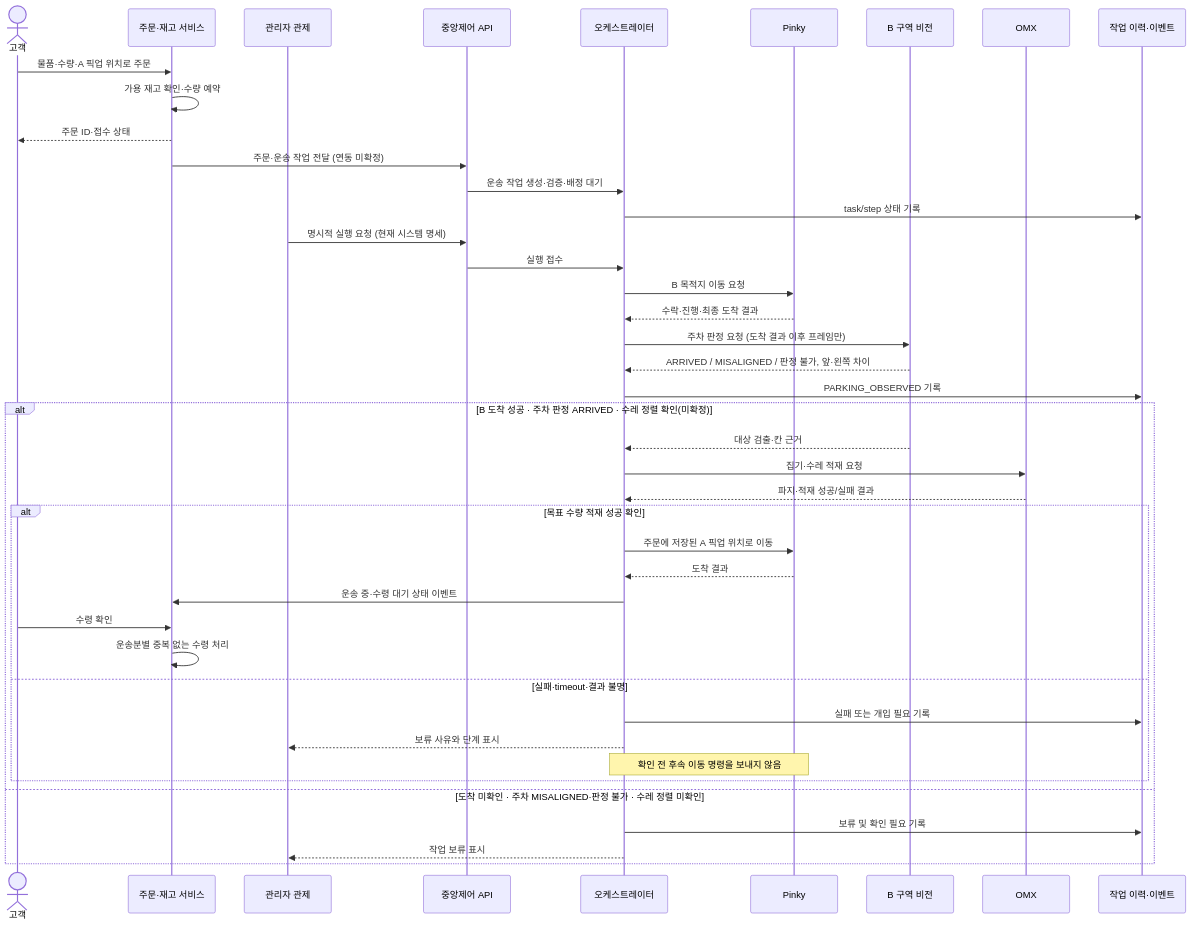
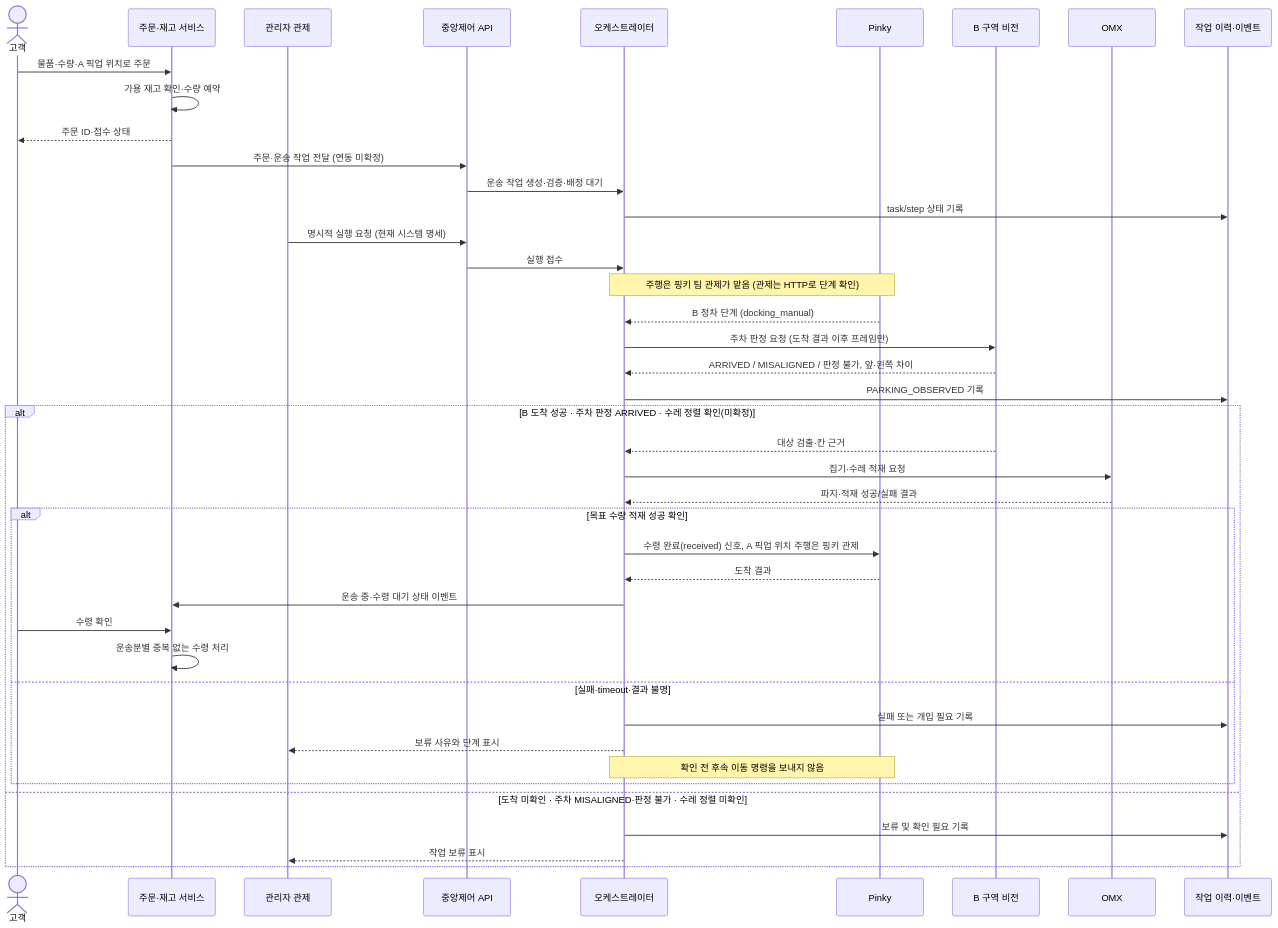
The third of 3 diagrams in docs/spec/data-flow.md (kernel-robot-8th/kernel-robot-repo-3), drawn with Mermaid before and after one commit. The commit also changed other lines of this file and 9 other files, not shown here.

````diff
--- a/docs/spec/data-flow.md
+++ b/docs/spec/data-flow.md
@@ -152,46 +152,46 @@
 ```mermaid
 sequenceDiagram
     actor Customer as 고객
     participant Order as 주문·재고 서비스
     participant Admin as 관리자 관제
     participant API as 중앙제어 API
     participant O as 오케스트레이터
     participant P as Pinky
     participant V as B 구역 비전
     participant X as OMX
     participant H as 작업 이력·이벤트
 
     Customer->>Order: 물품·수량·A 픽업 위치로 주문
     Order->>Order: 가용 재고 확인·수량 예약
     Order-->>Customer: 주문 ID·접수 상태
     Order->>API: 주문·운송 작업 전달 (연동 미확정)
     API->>O: 운송 작업 생성·검증·배정 대기
     O->>H: task/step 상태 기록
     Admin->>API: 명시적 실행 요청 (현재 시스템 명세)
     API->>O: 실행 접수
-    O->>P: B 목적지 이동 요청
-    P-->>O: 수락·진행·최종 도착 결과
+    Note over O,P: 주행은 핑키 팀 관제가 맡음 (관제는 HTTP로 단계 확인)
+    P-->>O: B 정차 단계 (docking_manual)
     O->>V: 주차 판정 요청 (도착 결과 이후 프레임만)
     V-->>O: ARRIVED / MISALIGNED / 판정 불가, 앞·왼쪽 차이
     O->>H: PARKING_OBSERVED 기록
 
     alt B 도착 성공 · 주차 판정 ARRIVED · 수레 정렬 확인(미확정)
         V-->>O: 대상 검출·칸 근거
         O->>X: 집기·수레 적재 요청
         X-->>O: 파지·적재 성공/실패 결과
         alt 목표 수량 적재 성공 확인
-            O->>P: 주문에 저장된 A 픽업 위치로 이동
+            O->>P: 수령 완료(received) 신호, A 픽업 위치 주행은 핑키 관제
             P-->>O: 도착 결과
             O->>Order: 운송 중·수령 대기 상태 이벤트
             Customer->>Order: 수령 확인
             Order->>Order: 운송분별 중복 없는 수령 처리
         else 실패·timeout·결과 불명
             O->>H: 실패 또는 개입 필요 기록
             O-->>Admin: 보류 사유와 단계 표시
             Note over O,P: 확인 전 후속 이동 명령을 보내지 않음
         end
     else 도착 미확인 · 주차 MISALIGNED·판정 불가 · 수레 정렬 미확인
         O->>H: 보류 및 확인 필요 기록
         O-->>Admin: 작업 보류 표시
     end
 ```
````
